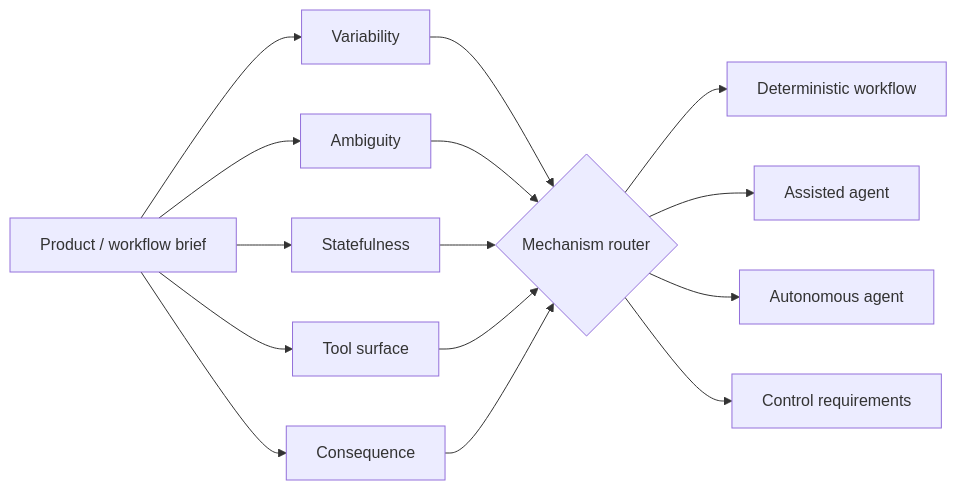
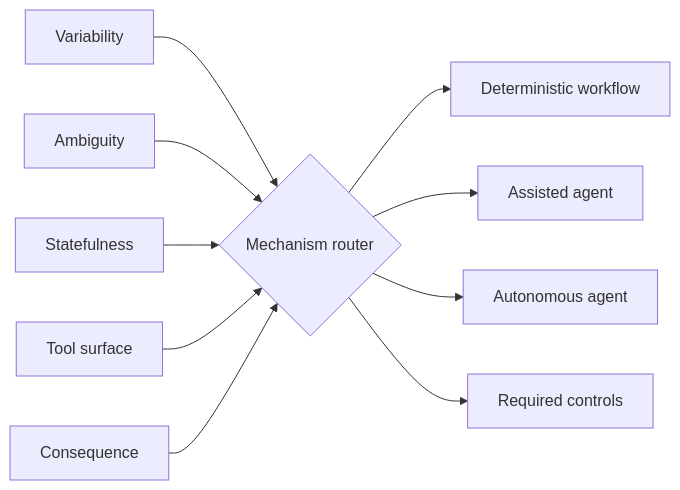
The diagram in projects/agent-vs-workflow-router/README.md (AshIntelligence/agenticmine), drawn with Mermaid before and after one commit. The commit also changed other lines of this file and 21 other files, not shown here.

````diff
--- a/projects/agent-vs-workflow-router/README.md
+++ b/projects/agent-vs-workflow-router/README.md
@@ -13,17 +11,12 @@
 ```mermaid
 flowchart LR
-  B[Product / workflow brief] --> V[Variability]
-  B --> A[Ambiguity]
-  B --> S[Statefulness]
-  B --> T[Tool surface]
-  B --> C[Consequence]
-  V --> R{Mechanism router}
-  A --> R
-  S --> R
-  T --> R
-  C --> R
-  R --> W[Deterministic workflow]
+  V[Variability] --> R{Mechanism router}
+  A[Ambiguity] --> R
+  S[Statefulness] --> R
+  T[Tool surface] --> R
+  C[Consequence] --> R
+  R --> D[Deterministic workflow]
   R --> H[Assisted agent]
-  R --> X[Autonomous agent]
-  R --> G[Control requirements]
+  R --> U[Autonomous agent]
+  R --> P[Required controls]
 ```
````
